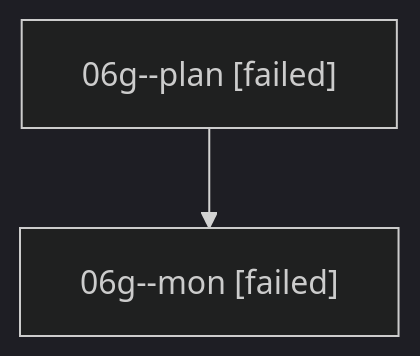
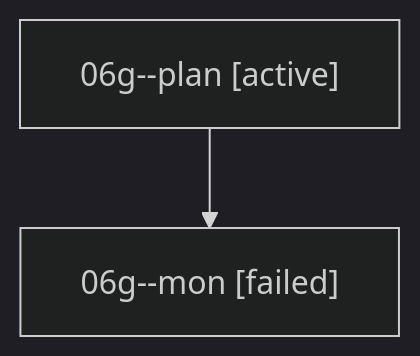
The diagram in families/bbugyi200.athena.06g.md (sase-org/sase--agents), drawn with Mermaid (dark theme) before and after one commit. The commit also changed other lines of this file and 35830 other files, not shown here.

````diff
--- a/families/bbugyi200.athena.06g.md
+++ b/families/bbugyi200.athena.06g.md
@@ -9,6 +9,6 @@
 ```mermaid
 flowchart TD
-  n0["06g--plan [failed]"]
+  n0["06g--plan [active]"]
   n1["06g--mon [failed]"]
   n0 --> n1
 ```
````
